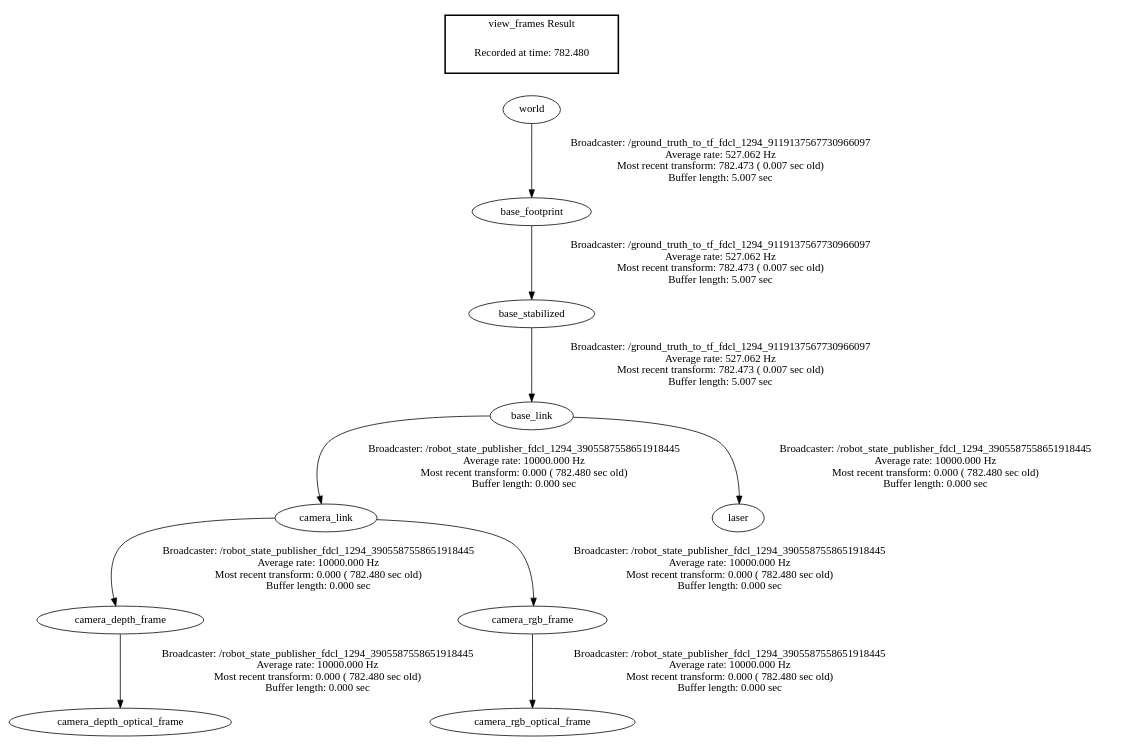
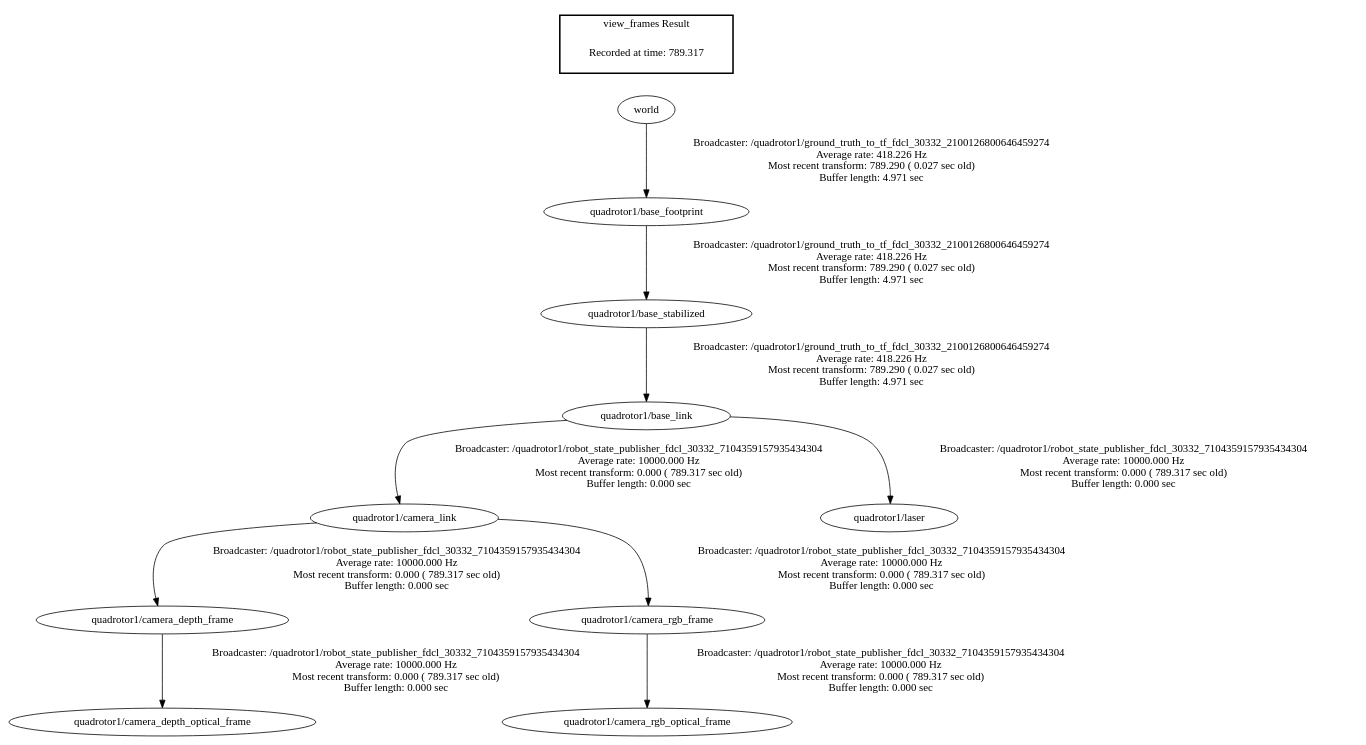
Before and after one commit to evankaufman/fdcl_test: the diagram in frames.gv, drawn with Graphviz. The commit also changed 3 other files, not shown here.

```diff
--- a/frames.gv
+++ b/frames.gv
@@ -1,15 +1,15 @@
 digraph G {
-"camera_link" -> "camera_depth_frame"[label="Broadcaster: /robot_state_publisher_fdcl_1294_3905587558651918445\nAverage rate: 10000.000 Hz\nMost recent transform: 0.000 ( 782.480 sec old)\nBuffer length: 0.000 sec\n"];
-"base_link" -> "camera_link"[label="Broadcaster: /robot_state_publisher_fdcl_1294_3905587558651918445\nAverage rate: 10000.000 Hz\nMost recent transform: 0.000 ( 782.480 sec old)\nBuffer length: 0.000 sec\n"];
-"camera_depth_frame" -> "camera_depth_optical_frame"[label="Broadcaster: /robot_state_publisher_fdcl_1294_3905587558651918445\nAverage rate: 10000.000 Hz\nMost recent transform: 0.000 ( 782.480 sec old)\nBuffer length: 0.000 sec\n"];
-"base_stabilized" -> "base_link"[label="Broadcaster: /ground_truth_to_tf_fdcl_1294_9119137567730966097\nAverage rate: 527.062 Hz\nMost recent transform: 782.473 ( 0.007 sec old)\nBuffer length: 5.007 sec\n"];
-"camera_link" -> "camera_rgb_frame"[label="Broadcaster: /robot_state_publisher_fdcl_1294_3905587558651918445\nAverage rate: 10000.000 Hz\nMost recent transform: 0.000 ( 782.480 sec old)\nBuffer length: 0.000 sec\n"];
-"camera_rgb_frame" -> "camera_rgb_optical_frame"[label="Broadcaster: /robot_state_publisher_fdcl_1294_3905587558651918445\nAverage rate: 10000.000 Hz\nMost recent transform: 0.000 ( 782.480 sec old)\nBuffer length: 0.000 sec\n"];
-"base_link" -> "laser"[label="Broadcaster: /robot_state_publisher_fdcl_1294_3905587558651918445\nAverage rate: 10000.000 Hz\nMost recent transform: 0.000 ( 782.480 sec old)\nBuffer length: 0.000 sec\n"];
-"world" -> "base_footprint"[label="Broadcaster: /ground_truth_to_tf_fdcl_1294_9119137567730966097\nAverage rate: 527.062 Hz\nMost recent transform: 782.473 ( 0.007 sec old)\nBuffer length: 5.007 sec\n"];
-"base_footprint" -> "base_stabilized"[label="Broadcaster: /ground_truth_to_tf_fdcl_1294_9119137567730966097\nAverage rate: 527.062 Hz\nMost recent transform: 782.473 ( 0.007 sec old)\nBuffer length: 5.007 sec\n"];
+"quadrotor1/camera_link" -> "quadrotor1/camera_depth_frame"[label="Broadcaster: /quadrotor1/robot_state_publisher_fdcl_30332_7104359157935434304\nAverage rate: 10000.000 Hz\nMost recent transform: 0.000 ( 789.317 sec old)\nBuffer length: 0.000 sec\n"];
+"quadrotor1/base_link" -> "quadrotor1/camera_link"[label="Broadcaster: /quadrotor1/robot_state_publisher_fdcl_30332_7104359157935434304\nAverage rate: 10000.000 Hz\nMost recent transform: 0.000 ( 789.317 sec old)\nBuffer length: 0.000 sec\n"];
+"quadrotor1/camera_depth_frame" -> "quadrotor1/camera_depth_optical_frame"[label="Broadcaster: /quadrotor1/robot_state_publisher_fdcl_30332_7104359157935434304\nAverage rate: 10000.000 Hz\nMost recent transform: 0.000 ( 789.317 sec old)\nBuffer length: 0.000 sec\n"];
+"quadrotor1/base_stabilized" -> "quadrotor1/base_link"[label="Broadcaster: /quadrotor1/ground_truth_to_tf_fdcl_30332_2100126800646459274\nAverage rate: 418.226 Hz\nMost recent transform: 789.290 ( 0.027 sec old)\nBuffer length: 4.971 sec\n"];
+"quadrotor1/camera_link" -> "quadrotor1/camera_rgb_frame"[label="Broadcaster: /quadrotor1/robot_state_publisher_fdcl_30332_7104359157935434304\nAverage rate: 10000.000 Hz\nMost recent transform: 0.000 ( 789.317 sec old)\nBuffer length: 0.000 sec\n"];
+"quadrotor1/camera_rgb_frame" -> "quadrotor1/camera_rgb_optical_frame"[label="Broadcaster: /quadrotor1/robot_state_publisher_fdcl_30332_7104359157935434304\nAverage rate: 10000.000 Hz\nMost recent transform: 0.000 ( 789.317 sec old)\nBuffer length: 0.000 sec\n"];
+"quadrotor1/base_link" -> "quadrotor1/laser"[label="Broadcaster: /quadrotor1/robot_state_publisher_fdcl_30332_7104359157935434304\nAverage rate: 10000.000 Hz\nMost recent transform: 0.000 ( 789.317 sec old)\nBuffer length: 0.000 sec\n"];
+"world" -> "quadrotor1/base_footprint"[label="Broadcaster: /quadrotor1/ground_truth_to_tf_fdcl_30332_2100126800646459274\nAverage rate: 418.226 Hz\nMost recent transform: 789.290 ( 0.027 sec old)\nBuffer length: 4.971 sec\n"];
+"quadrotor1/base_footprint" -> "quadrotor1/base_stabilized"[label="Broadcaster: /quadrotor1/ground_truth_to_tf_fdcl_30332_2100126800646459274\nAverage rate: 418.226 Hz\nMost recent transform: 789.290 ( 0.027 sec old)\nBuffer length: 4.971 sec\n"];
 edge [style=invis];
  subgraph cluster_legend { style=bold; color=black; label ="view_frames Result";
-"Recorded at time: 782.480"[ shape=plaintext ] ;
+"Recorded at time: 789.317"[ shape=plaintext ] ;
  }->"world";
 }
```
